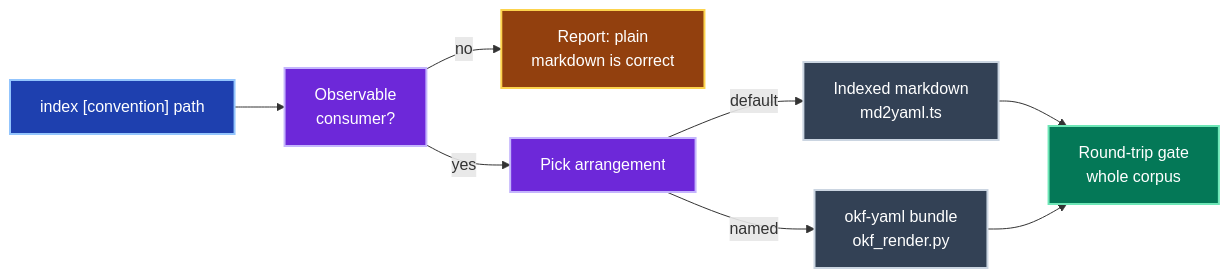
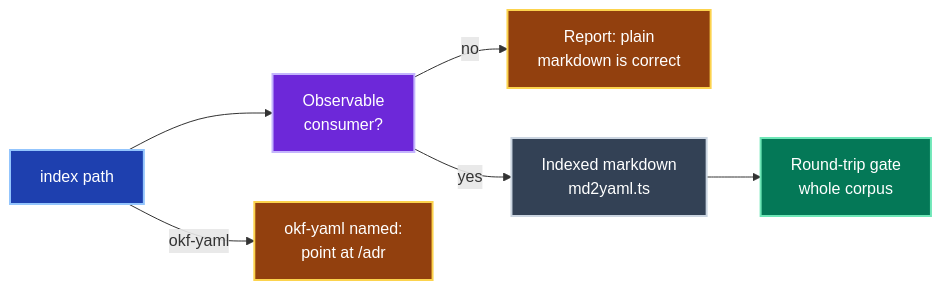
One commit to jpeakai/skills changed diagram 11 of 12 in skills/librarian/ARCHITECTURE.md. Above: the diagram before and after it, drawn with Mermaid. The commit also changed other lines of this file and 49 other files, not shown here.

````diff
--- a/skills/librarian/ARCHITECTURE.md
+++ b/skills/librarian/ARCHITECTURE.md
@@ -427,22 +421,20 @@
 ```mermaid
 flowchart LR
-    ARG["index [convention] path"]:::input
+    ARG["index path"]:::input
     TRIG["Observable<br/>consumer?"]:::rule
     STOP["Report: plain<br/>markdown is correct"]:::artifact
-    ARR["Pick arrangement"]:::rule
+    OKF["okf-yaml named:<br/>point at /adr"]:::artifact
     MD["Indexed markdown<br/>md2yaml.ts"]:::resource
-    OKF["okf-yaml bundle<br/>okf_render.py"]:::resource
     GATE["Round-trip gate<br/>whole corpus"]:::step
 
     ARG --> TRIG
+    ARG -- okf-yaml --> OKF
     TRIG -- no --> STOP
-    TRIG -- yes --> ARR
-    ARR -- default --> MD --> GATE
-    ARR -- named --> OKF --> GATE
+    TRIG -- yes --> MD --> GATE
 
     classDef input    fill:#1e40af,stroke:#93c5fd,color:#fff,stroke-width:2px
     classDef rule     fill:#6d28d9,stroke:#c4b5fd,color:#fff,stroke-width:2px
     classDef step     fill:#047857,stroke:#6ee7b7,color:#fff,stroke-width:2px
     classDef resource fill:#334155,stroke:#cbd5e1,color:#fff,stroke-width:2px
     classDef artifact fill:#92400e,stroke:#fcd34d,color:#fff,stroke-width:2px
 ```
````
